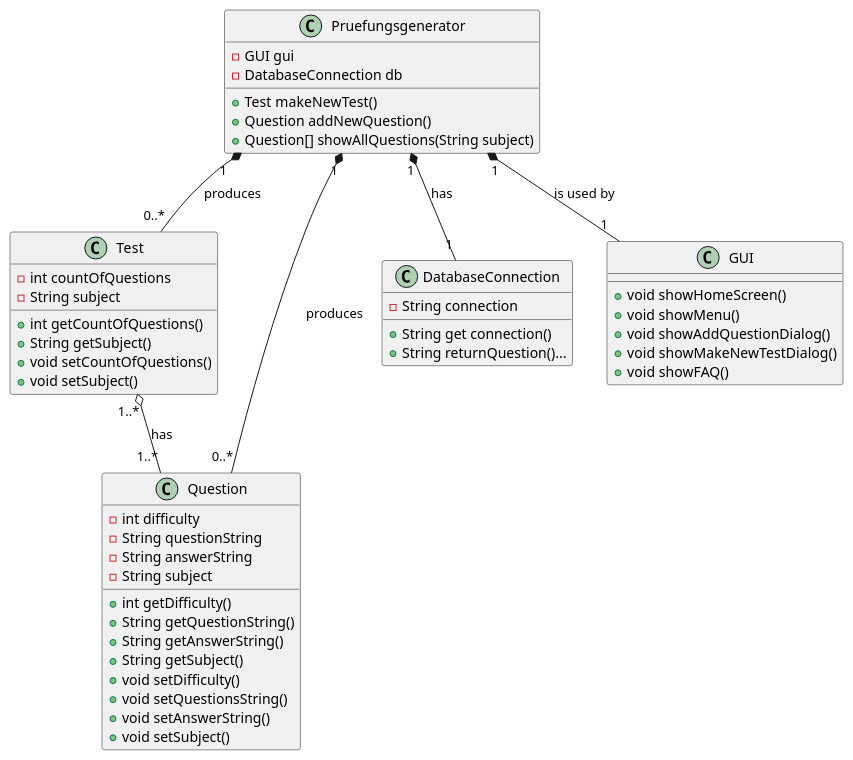
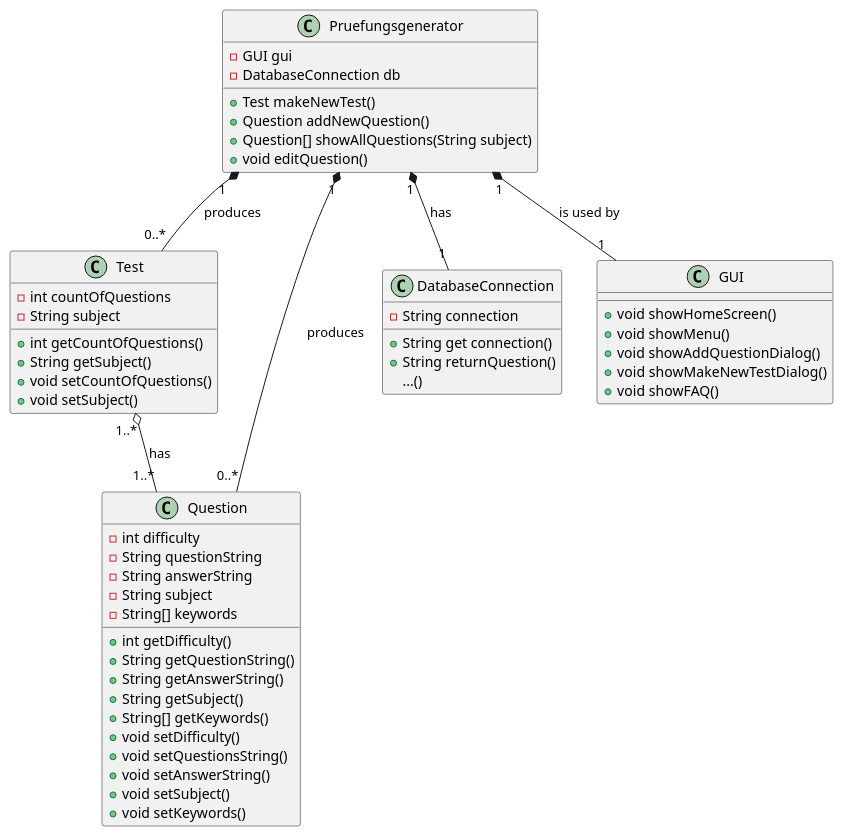
The diagram in src/main/java/projekt.puml (VladanPetkovic/Pruefungsgenerator), drawn with PlantUML before and after one commit.

Commit message:
updated plant uml

```diff
--- a/src/main/java/projekt.puml
+++ b/src/main/java/projekt.puml
@@ -1,52 +1,56 @@
 @startuml
 'https://plantuml.com/class-diagram
 class Test {
     -int countOfQuestions
     -String subject
     +int getCountOfQuestions()
     +String getSubject()
     +void setCountOfQuestions()
     +void setSubject()
 }
 class Question {
     -int difficulty
     -String questionString
     -String answerString
     -String subject
+    -String[] keywords
     +int getDifficulty()
     +String getQuestionString()
     +String getAnswerString()
     +String getSubject()
+    +String[] getKeywords()
     +void setDifficulty()
     +void setQuestionsString()
     +void setAnswerString()
     +void setSubject()
+    +void setKeywords()
 }
 class Pruefungsgenerator {
     -GUI gui
     -DatabaseConnection db
     +Test makeNewTest()
     +Question addNewQuestion()
     +Question[] showAllQuestions(String subject)
-
+    +void editQuestion()
 }
 class DatabaseConnection {
     -String connection
     +String get connection()
-    +String returnQuestion()...
+    +String returnQuestion()
+    ...()
 }
 class GUI {
     +void showHomeScreen()
     +void showMenu()
     +void showAddQuestionDialog()
     +void showMakeNewTestDialog()
     +void showFAQ()
 }
 
 Pruefungsgenerator "1" *-- "1" DatabaseConnection : "has"
 Pruefungsgenerator "1" *-- "1" GUI : "is used by"
 Pruefungsgenerator "1" *-- "0..*" Test : "produces"
 Pruefungsgenerator "1" *-- "0..*" Question : "produces"
 Test "1..*" o-- "1..*" Question : "has"
 
 @enduml
```
